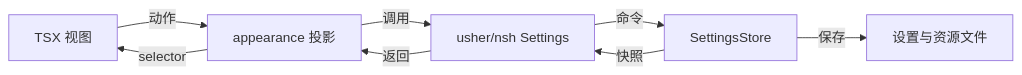
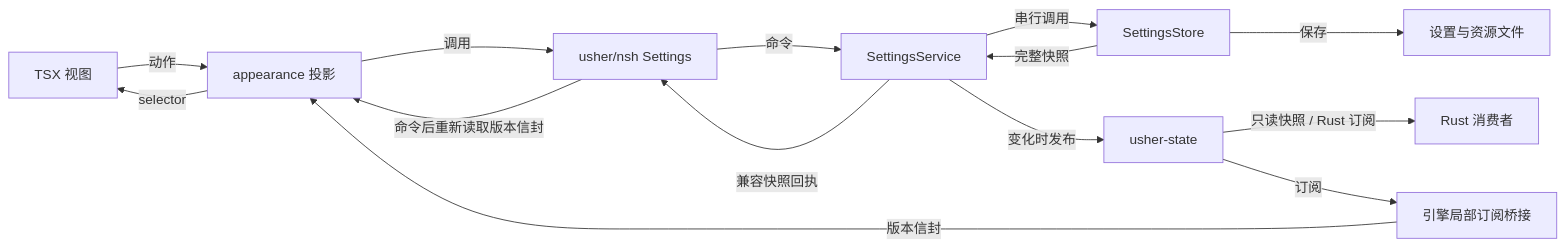
The diagram in architecture.md (tianlai10000000/usher-nsh), drawn with Mermaid before and after one commit. The commit also changed other lines of this file and 171 other files, not shown here.

````diff
--- a/architecture.md
+++ b/architecture.md
@@ -38,10 +39,16 @@
 ```mermaid
 flowchart LR
     View[TSX 视图] -->|动作| Projection[appearance 投影]
     Projection -->|调用| Bridge[usher/nsh Settings]
-    Bridge -->|命令| Store[SettingsStore]
+    Bridge -->|命令| Service[SettingsService]
+    Service -->|串行调用| Store[SettingsStore]
     Store -->|保存| Files[设置与资源文件]
-    Store -->|快照| Bridge
-    Bridge -->|返回| Projection
+    Store -->|完整快照| Service
+    Service -->|变化时发布| State[usher-state]
+    State -->|只读快照 / Rust 订阅| Consumers[Rust 消费者]
+    Service -->|兼容快照回执| Bridge
+    State -->|订阅| Binding[引擎局部订阅桥接]
+    Binding -->|版本信封| Projection
+    Bridge -->|命令后重新读取版本信封| Projection
     Projection -->|selector| View
 ```
````
